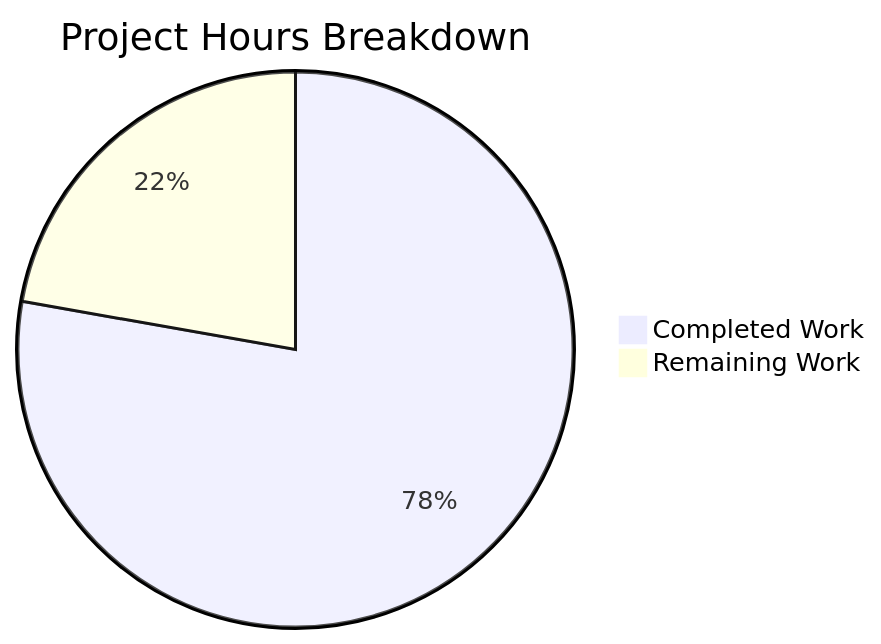
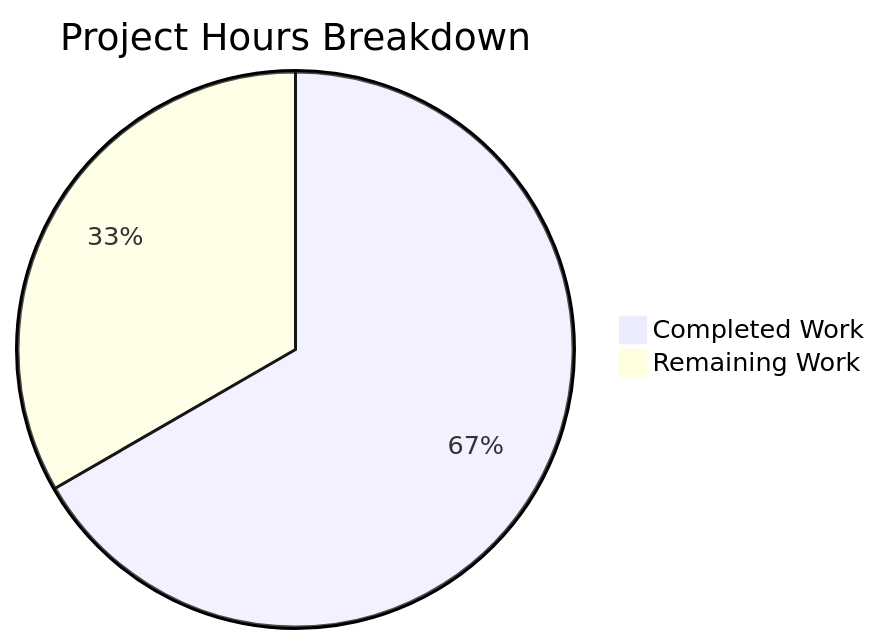
The second of 2 diagrams in blitzy/documentation/Project Guide.md (TestadoBlitzy/Existing-product), drawn with Mermaid before and after one commit. The commit also changed other lines of this file, not shown here.

````diff
--- a/blitzy/documentation/Project Guide.md
+++ b/blitzy/documentation/Project Guide.md
@@ -182,5 +151,5 @@
 ```mermaid
 pie title Project Hours Breakdown
-    "Completed Work" : 7
+    "Completed Work" : 4
     "Remaining Work" : 2
 ```
````
